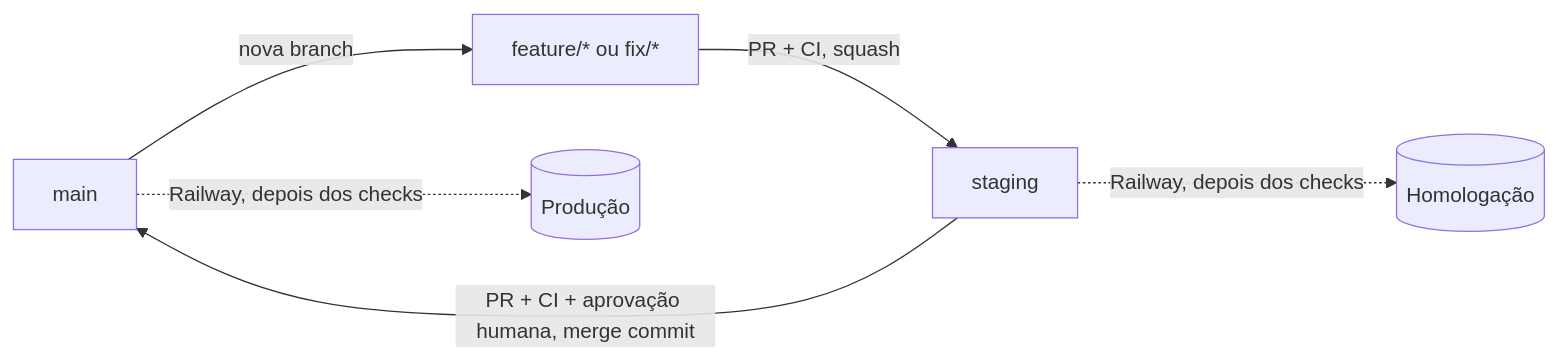
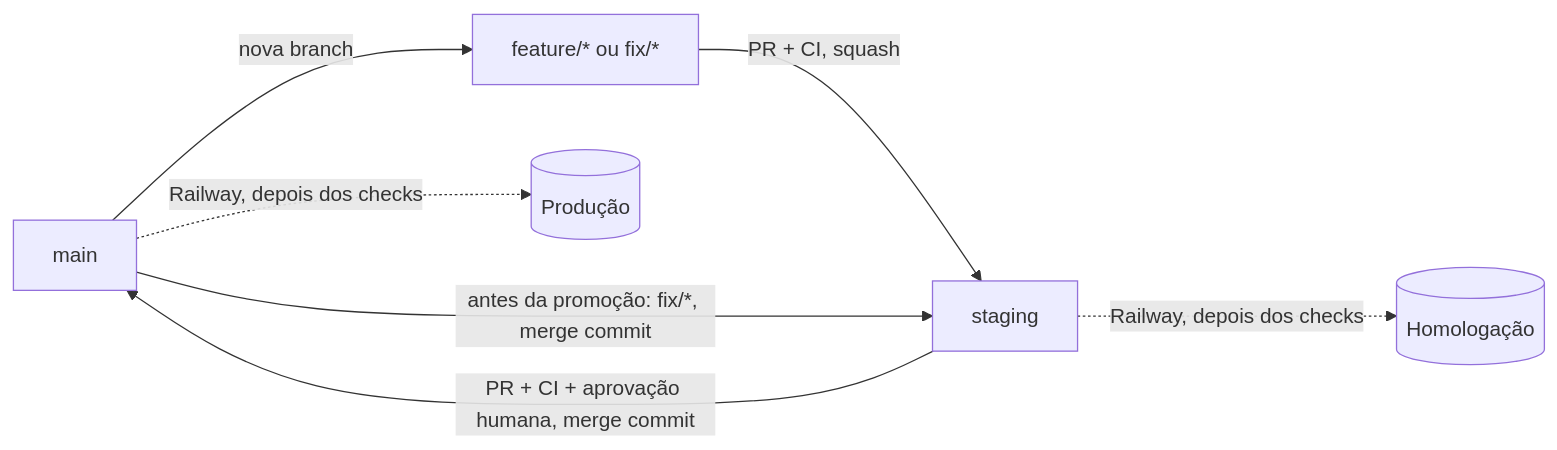
One commit to Gustavo-C-almeida/tratoo changed the diagram in Docs/CICD.md. Above: the diagram before and after it, drawn with Mermaid. The commit also changed other lines of this file and 2 other files, not shown here.

````diff
--- a/Docs/CICD.md
+++ b/Docs/CICD.md
@@ -22,8 +22,9 @@
 ```mermaid
 flowchart LR
     M[main] -->|"nova branch"| F["feature/* ou fix/*"]
     F -->|"PR + CI, squash"| S[staging]
     S -->|"PR + CI + aprovação humana, merge commit"| M
+    M -->|"antes da promoção: fix/*, merge commit"| S
     S -.->|"Railway, depois dos checks"| H[(Homologação)]
     M -.->|"Railway, depois dos checks"| P[(Produção)]
 ```
````
